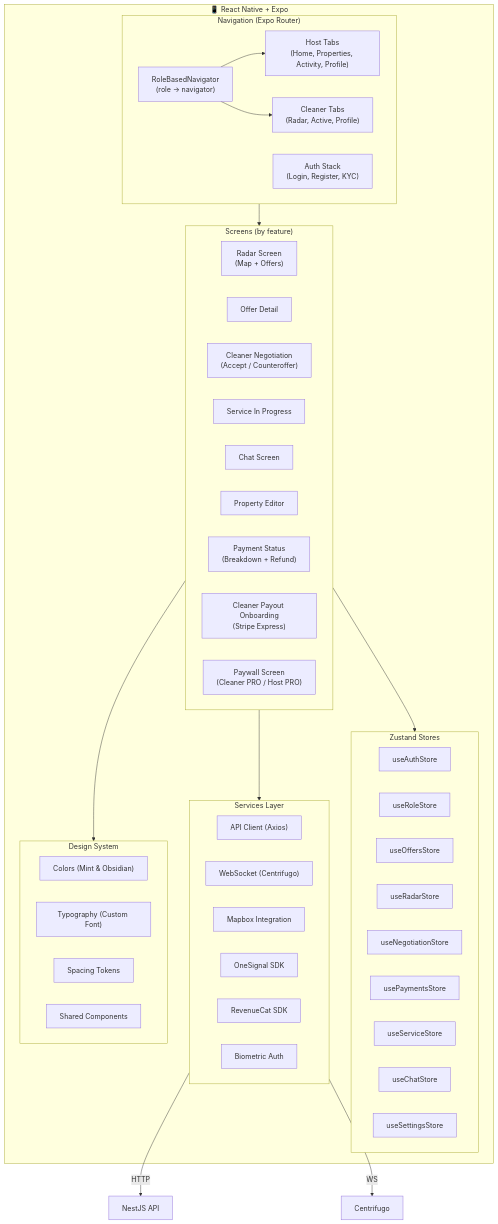
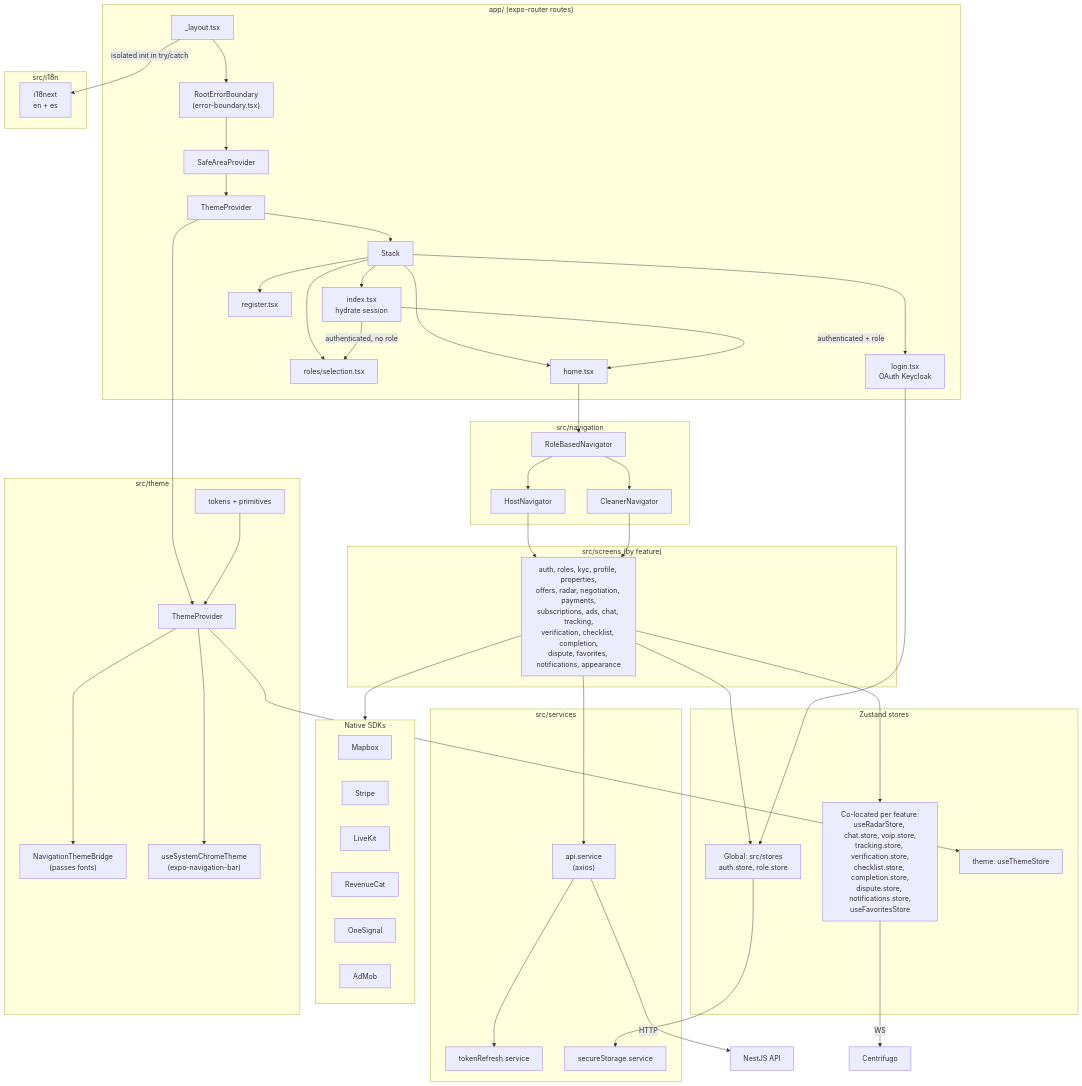
One commit to Sebastiandg007/bidclean changed the second of 29 diagrams in docs/ARCHITECTURE.md. Above: the diagram before and after it, drawn with Mermaid. The commit also changed other lines of this file and 35 other files, not shown here.

First line of the commit message:
docs: complete module READMEs and refresh architecture docs

````diff
--- a/docs/ARCHITECTURE.md
+++ b/docs/ARCHITECTURE.md
@@ -99,60 +103,86 @@
 ```mermaid
 graph TB
-    subgraph App["📱 React Native + Expo"]
-        subgraph Navigation["Navigation (Expo Router)"]
-            RoleRouter["RoleBasedNavigator<br/>(role → navigator)"]
-            AuthStack["Auth Stack<br/>(Login, Register, KYC)"]
-            HostTabs["Host Tabs<br/>(Home, Properties, Activity, Profile)"]
-            CleanerTabs["Cleaner Tabs<br/>(Radar, Active, Profile)"]
-        end
-
-        subgraph Screens["Screens (by feature)"]
-            Radar["Radar Screen<br/>(Map + Offers)"]
-            OfferDetail["Offer Detail"]
-            Negotiation["Cleaner Negotiation<br/>(Accept / Counteroffer)"]
-            Service["Service In Progress"]
-            Chat["Chat Screen"]
-            PropertyEdit["Property Editor"]
-            PaymentStatus["Payment Status<br/>(Breakdown + Refund)"]
-            PayoutOnboarding["Cleaner Payout Onboarding<br/>(Stripe Express)"]
-            Paywall["Paywall Screen<br/>(Cleaner PRO / Host PRO)"]
-        end
-
-        subgraph Stores["Zustand Stores"]
-            AuthStore["useAuthStore"]
-            RoleStore["useRoleStore"]
-            OffersStore["useOffersStore"]
-            RadarStore["useRadarStore"]
-            NegotiationStore["useNegotiationStore"]
-            PaymentsStore["usePaymentsStore"]
-            ServiceStore["useServiceStore"]
-            ChatStore["useChatStore"]
-            SettingsStore["useSettingsStore"]
-        end
-
-        subgraph Services["Services Layer"]
-            APIService["API Client (Axios)"]
-            SocketService["WebSocket (Centrifugo)"]
-            MapService["Mapbox Integration"]
-            NotifService["OneSignal SDK"]
-            PurchaseService["RevenueCat SDK"]
-            BiometricService["Biometric Auth"]
-        end
-
-        subgraph Theme["Design System"]
-            Colors["Colors (Mint & Obsidian)"]
-            Typography["Typography (Custom Font)"]
-            Spacing["Spacing Tokens"]
-            Components["Shared Components"]
-        end
+    subgraph Routes["app/ (expo-router routes)"]
+        Layout["_layout.tsx"]
+        EB["RootErrorBoundary<br/>(error-boundary.tsx)"]
+        SAP["SafeAreaProvider"]
+        TP["ThemeProvider"]
+        StackNav["Stack"]
+        Index["index.tsx<br/>hydrate session"]
+        Login["login.tsx<br/>OAuth Keycloak"]
+        Register["register.tsx"]
+        RoleSel["roles/selection.tsx"]
+        HomeRoute["home.tsx"]
     end
 
-    Navigation --> Screens
-    RoleRouter --> HostTabs
-    RoleRouter --> CleanerTabs
-    Screens --> Stores
-    Screens --> Services
-    Screens --> Theme
-    Services --> |"HTTP"| API["NestJS API"]
-    Services --> |"WS"| WS["Centrifugo"]
+    subgraph Nav["src/navigation"]
+        RBN["RoleBasedNavigator"]
+        HostNav["HostNavigator"]
+        CleanerNav["CleanerNavigator"]
+    end
+
+    subgraph Screens["src/screens (by feature)"]
+        Features["auth, roles, kyc, profile, properties,<br/>offers, radar, negotiation, payments,<br/>subscriptions, ads, chat, tracking,<br/>verification, checklist, completion,<br/>dispute, favorites, notifications, appearance"]
+    end
+
+    subgraph Stores["Zustand stores"]
+        GlobalStores["Global: src/stores<br/>auth.store, role.store"]
+        FeatureStores["Co-located per feature:<br/>useRadarStore, chat.store, voip.store,<br/>tracking.store, verification.store,<br/>checklist.store, completion.store,<br/>dispute.store, notifications.store,<br/>useFavoritesStore"]
+        ThemeStore["theme: useThemeStore"]
+    end
+
+    subgraph Services["src/services"]
+        ApiSvc["api.service<br/>(axios)"]
+        RefreshSvc["tokenRefresh.service"]
+        SecureSvc["secureStorage.service"]
+    end
+
+    subgraph Native["Native SDKs"]
+        Mapbox["Mapbox"]
+        Stripe["Stripe"]
+        LiveKit["LiveKit"]
+        RevenueCat["RevenueCat"]
+        OneSignal["OneSignal"]
+        AdMob["AdMob"]
+    end
+
+    subgraph ThemeSys["src/theme"]
+        Tokens["tokens + primitives"]
+        TPImpl["ThemeProvider"]
+        NavBridge["NavigationThemeBridge<br/>(passes fonts)"]
+        Chrome["useSystemChromeTheme<br/>(expo-navigation-bar)"]
+    end
+
+    subgraph I18n["src/i18n"]
+        I18next["i18next<br/>en + es"]
+    end
+
+    Layout --> EB --> SAP --> TP --> StackNav
+    StackNav --> Index
+    StackNav --> Login
+    StackNav --> Register
+    StackNav --> RoleSel
+    StackNav --> HomeRoute
+    Index --> |"authenticated + role"| HomeRoute
+    Index --> |"authenticated, no role"| RoleSel
+    HomeRoute --> RBN
+    RBN --> HostNav
+    RBN --> CleanerNav
+    HostNav --> Features
+    CleanerNav --> Features
+    Features --> GlobalStores
+    Features --> FeatureStores
+    Features --> ApiSvc
+    Features --> Native
+    Login --> GlobalStores
+    GlobalStores --> SecureSvc
+    ApiSvc --> RefreshSvc
+    TP --> TPImpl
+    TPImpl --> NavBridge
+    TPImpl --> Chrome
+    TPImpl --> ThemeStore
+    Tokens --> TPImpl
+    Layout --> |"isolated init in try/catch"| I18next
+    ApiSvc --> |"HTTP"| API["NestJS API"]
+    FeatureStores --> |"WS"| WS["Centrifugo"]
 ```
````
